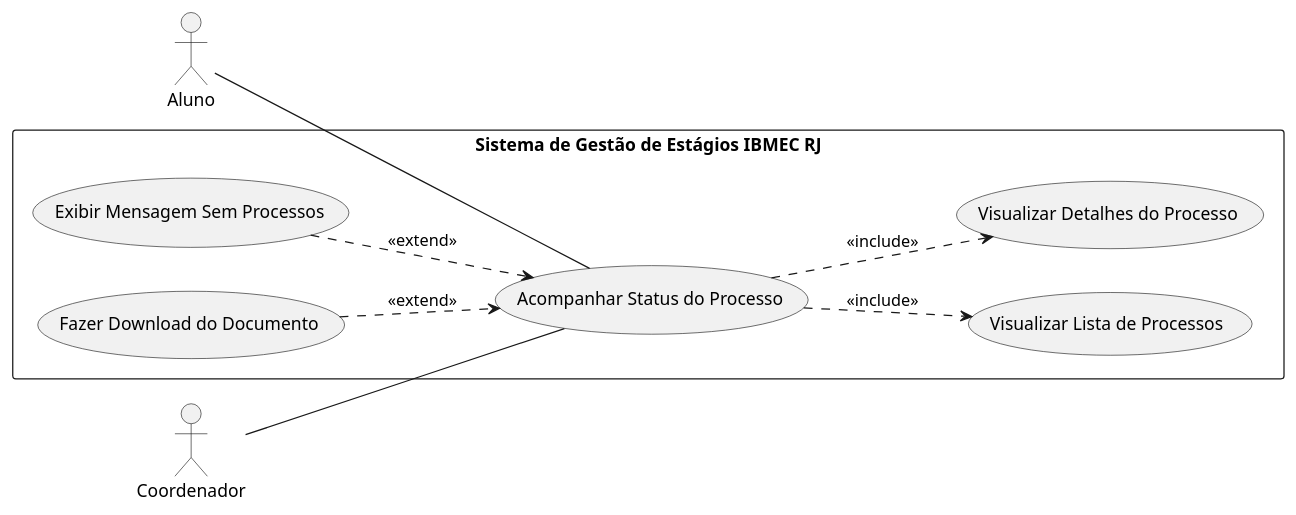
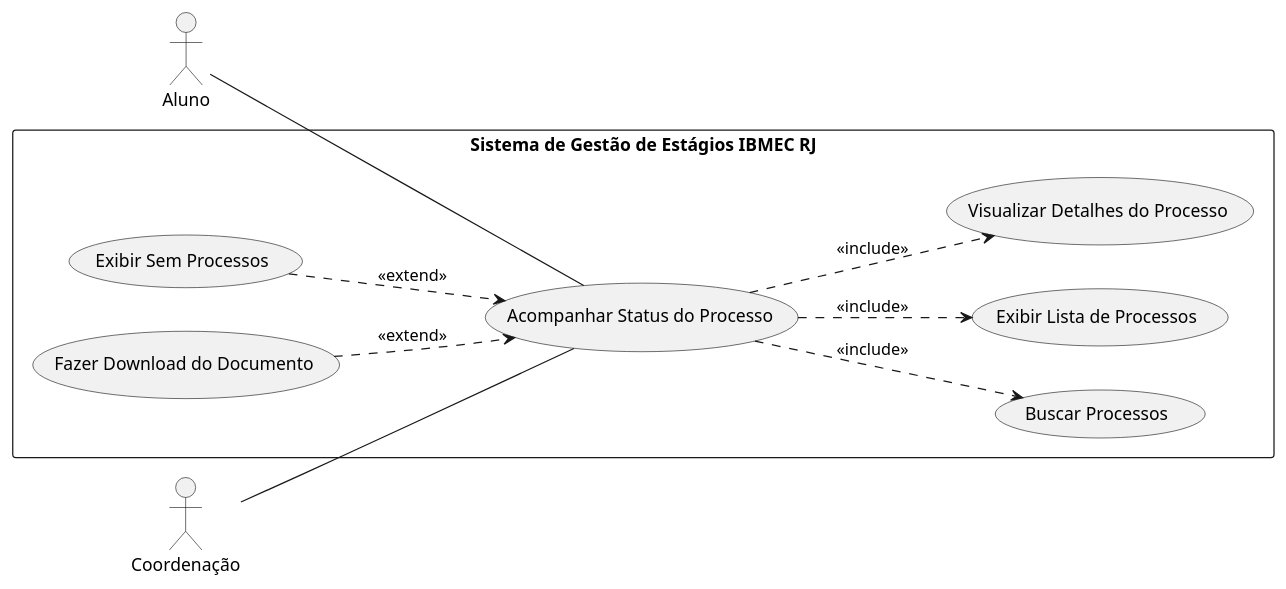
Before and after one commit to Projetos-de-Extensao/PBE_26.1_8002_I: the sixth of 10 diagrams in docs/Elaboracao/casos_de_uso.md, drawn with PlantUML. The commit also changed other lines of this file, not shown here.

````diff
--- a/docs/Elaboracao/casos_de_uso.md
+++ b/docs/Elaboracao/casos_de_uso.md
@@ -306,29 +345,31 @@
 ```puml
 @startuml
 left to right direction
 
 actor Aluno
-actor Coordenador
+actor Coordenação
 
 rectangle "Sistema de Gestão de Estágios IBMEC RJ" {
 
   usecase "Acompanhar Status do Processo" as UC1
-  usecase "Visualizar Lista de Processos" as UC2
-  usecase "Visualizar Detalhes do Processo" as UC3
-  usecase "Exibir Mensagem Sem Processos" as UC4
-  usecase "Fazer Download do Documento" as UC5
+  usecase "Buscar Processos" as UC2
+  usecase "Exibir Lista de Processos" as UC3
+  usecase "Visualizar Detalhes do Processo" as UC4
+  usecase "Exibir Sem Processos" as UC5
+  usecase "Fazer Download do Documento" as UC6
 
 }
 
 Aluno -- UC1
-Coordenador -- UC1
+Coordenação -- UC1
 
 UC1 ..> UC2 : <<include>>
 UC1 ..> UC3 : <<include>>
+UC1 ..> UC4 : <<include>>
 
-UC4 ..> UC1 : <<extend>>
 UC5 ..> UC1 : <<extend>>
+UC6 ..> UC1 : <<extend>>
 
 @enduml
 
 ```
````
